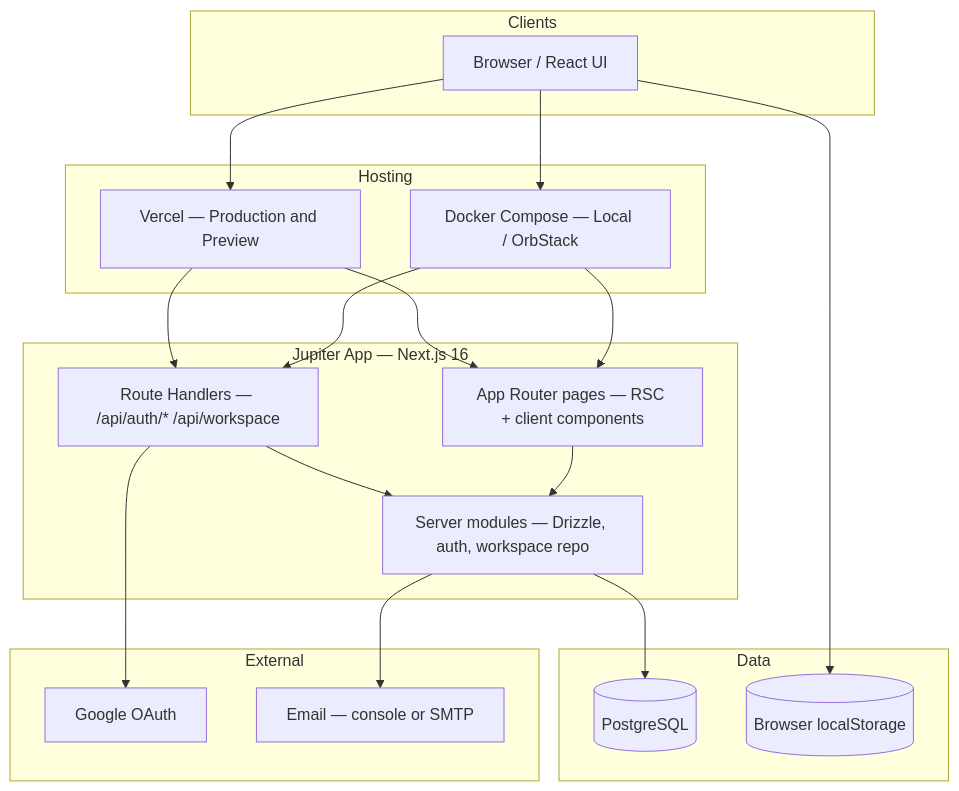
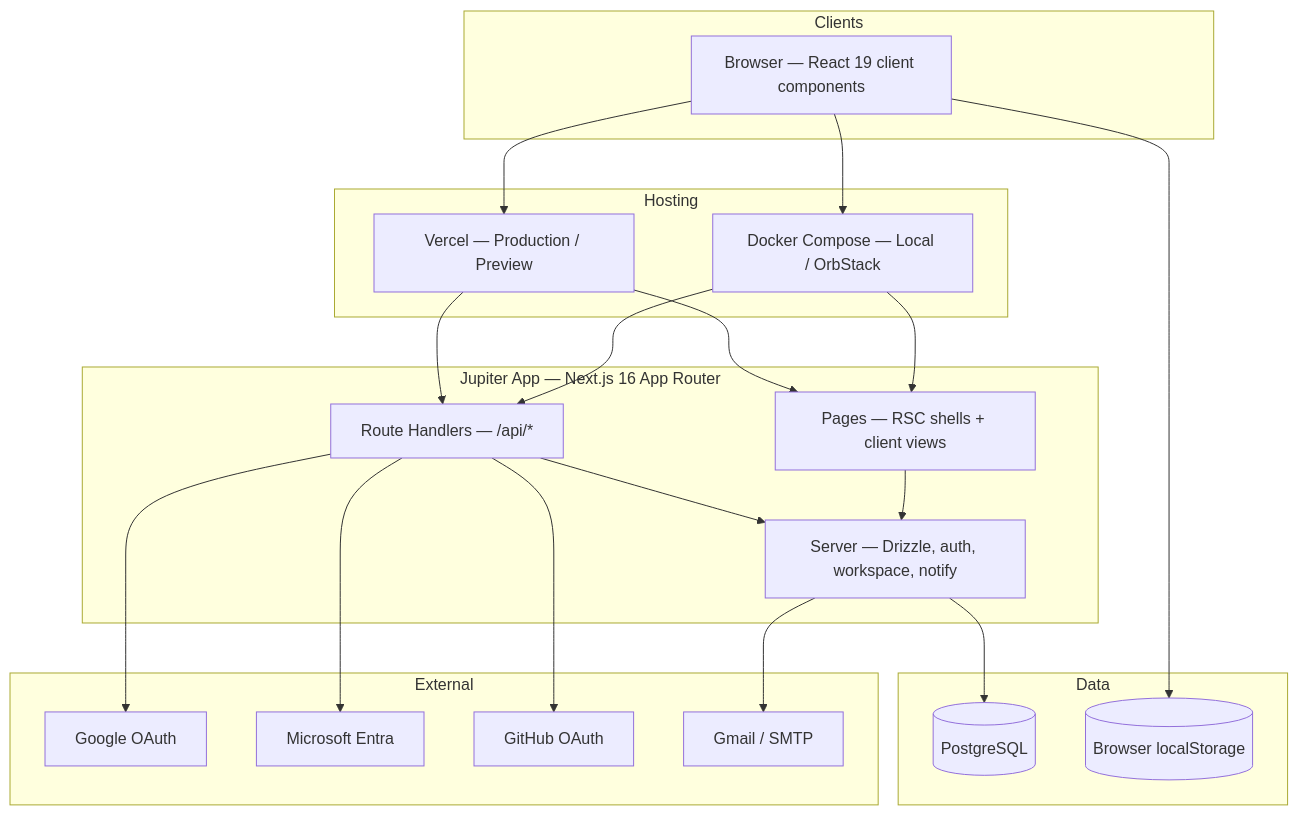
One commit to taiphan/jupiter changed the first of 10 diagrams in docs/ARCHITECTURE.md. Above: the diagram before and after it, drawn with Mermaid. The commit also changed other lines of this file and 8 other files, not shown here.

````diff
--- a/docs/ARCHITECTURE.md
+++ b/docs/ARCHITECTURE.md
@@ -11,40 +13,44 @@
 ```mermaid
 flowchart TB
   subgraph clients [Clients]
-    Browser[Browser / React UI]
+    Browser[Browser — React 19 client components]
   end
 
   subgraph hosting [Hosting]
-    Vercel[Vercel — Production and Preview]
+    Vercel[Vercel — Production / Preview]
     Docker[Docker Compose — Local / OrbStack]
   end
 
-  subgraph app [Jupiter App — Next.js 16]
-    Pages[App Router pages — RSC + client components]
-    API[Route Handlers — /api/auth/* /api/workspace]
-    Server[Server modules — Drizzle, auth, workspace repo]
+  subgraph app [Jupiter App — Next.js 16 App Router]
+    Pages[Pages — RSC shells + client views]
+    API[Route Handlers — /api/*]
+    Server[Server — Drizzle, auth, workspace, notify]
   end
 
   subgraph data [Data]
     PG[(PostgreSQL)]
     LS[(Browser localStorage)]
   end
 
   subgraph external [External]
     Google[Google OAuth]
-    SMTP[Email — console or SMTP]
+    Microsoft[Microsoft Entra]
+    GitHub[GitHub OAuth]
+    SMTP[Gmail / SMTP]
   end
 
   Browser --> Vercel
   Browser --> Docker
   Vercel --> Pages
   Vercel --> API
   Docker --> Pages
   Docker --> API
   API --> Server
   Pages --> Server
   Server --> PG
   Browser --> LS
   API --> Google
+  API --> Microsoft
+  API --> GitHub
   Server --> SMTP
 ```
````
